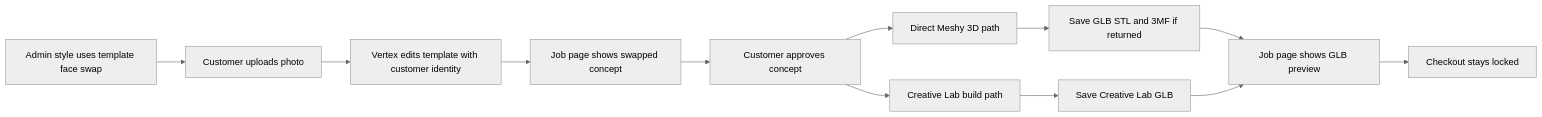
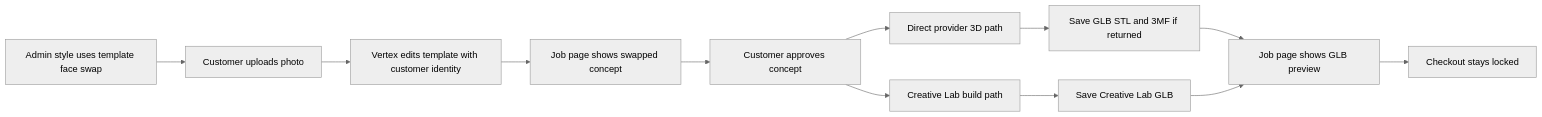
One commit to KielRN/3dprintposters changed the fifth of 8 diagrams in docs/Workflows/figurine-and-operator-workflows.md. Above: the diagram before and after it, drawn with Mermaid (neutral theme). The commit also changed other lines of this file and 13 other files, not shown here.

````diff
--- a/docs/Workflows/figurine-and-operator-workflows.md
+++ b/docs/Workflows/figurine-and-operator-workflows.md
@@ -177,15 +176,15 @@
 ```mermaid
 %%{init: {"flowchart": {"htmlLabels": false}} }%%
 graph LR
   A["Admin style uses template face swap"] --> B["Customer uploads photo"]
   B --> C["Vertex edits template with customer identity"]
   C --> D["Job page shows swapped concept"]
   D --> E["Customer approves concept"]
-  E --> F["Direct Meshy 3D path"]
+  E --> F["Direct provider 3D path"]
   E --> G["Creative Lab build path"]
   F --> H["Save GLB STL and 3MF if returned"]
   G --> I["Save Creative Lab GLB"]
   H --> J["Job page shows GLB preview"]
   I --> J
   J --> K["Checkout stays locked"]
 ```
````
